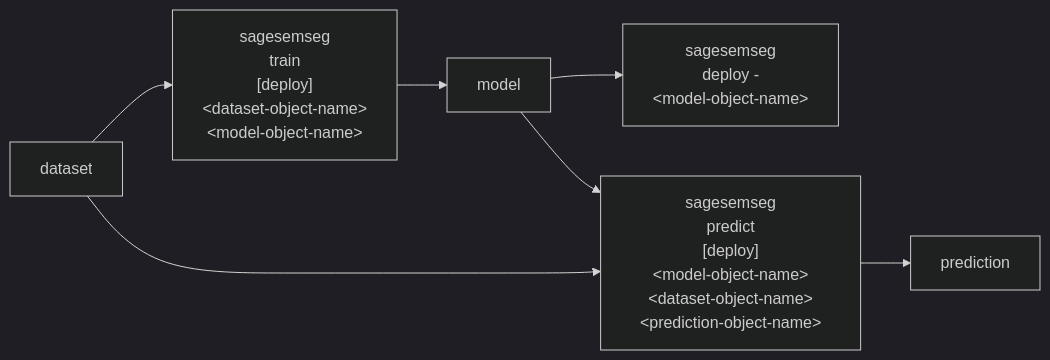
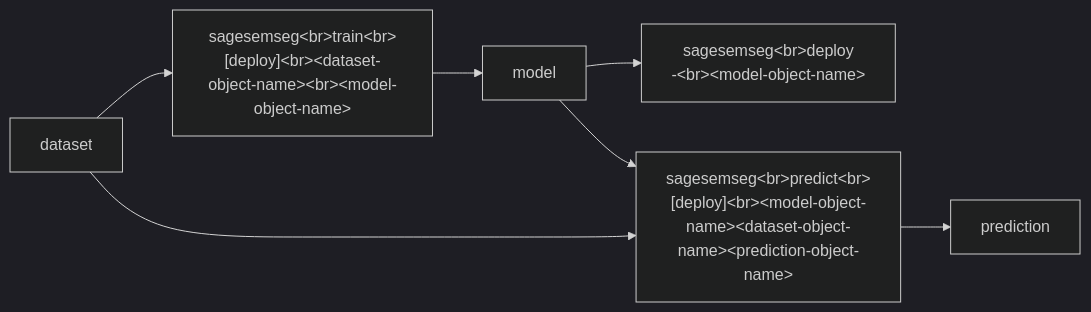
The diagram in blue_sandbox/sagesemseg/README.md (kamangir/blue-sandbox), drawn with Mermaid (dark theme) before and after one commit. The commit also changed 10 other files, not shown here.

````diff
--- a/blue_sandbox/sagesemseg/README.md
+++ b/blue_sandbox/sagesemseg/README.md
@@ -5,19 +5,19 @@
 ```mermaid
 graph LR
-    train["sagesemseg<br>train<br>[deploy]<br>&lt;dataset-object-name&gt;<br>&lt;model-object-name&gt;"]
-    deploy["sagesemseg<br>deploy -<br>&lt;model-object-name&gt;"]
-    predict["sagesemseg<br>predict<br>[deploy]<br>&lt;model-object-name&gt;&lt;dataset-object-name&gt;&lt;prediction-object-name&gt;"]
+    train["sagesemseg&lt;br&gt;train&lt;br&gt;[deploy]&lt;br&gt;&lt;dataset-object-name&gt;&lt;br&gt;&lt;model-object-name&gt;"]
+    deploy["sagesemseg&lt;br&gt;deploy<br>-&lt;br&gt;&lt;model-object-name&gt;"]
+    predict["sagesemseg&lt;br&gt;predict&lt;br&gt;[deploy]&lt;br&gt;&lt;model-object-name&gt;&lt;dataset-object-name&gt;&lt;prediction-object-name&gt;"]
 
     dataset["dataset"]:::folder
     model["model"]:::folder
     prediction["prediction"]:::folder
 
     dataset --> train
     train --> model
 
     model --> deploy
 
     model --> predict
     dataset --> predict
     predict --> prediction
 ```
````
